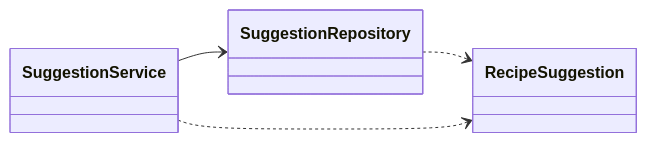
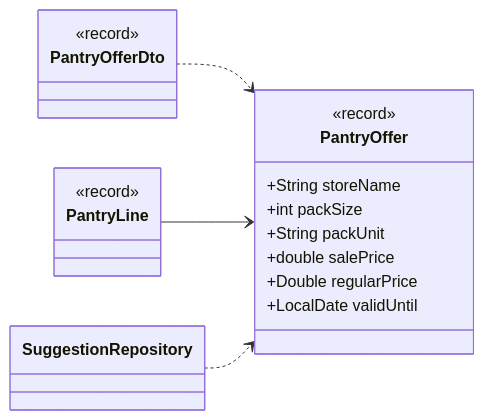
The fifth of 13 diagrams in docs/classes/suggestions.md (Nate-ryan-7690/dahaem), drawn with Mermaid before and after one commit. The commit also changed other lines of this file and 23 other files, not shown here.

First line of the commit message:
Pantry-first suggestions: GET /api/suggestions/pantry (use up the pantry, fewest to buy, offers per store)

````diff
--- a/docs/classes/suggestions.md
+++ b/docs/classes/suggestions.md
@@ -11,10 +218,23 @@
 ```mermaid
 classDiagram
     direction LR
-    class suggestions_RecipeSuggestion["RecipeSuggestion"]
+    class suggestions_PantryOffer["PantryOffer"] {
+        <<record>>
+        +String storeName
+        +int packSize
+        +String packUnit
+        +double salePrice
+        +Double regularPrice
+        +LocalDate validUntil
+    }
+    class suggestions_PantryLine["PantryLine"] {
+        <<record>>
+    }
+    class api_PantryOfferDto["PantryOfferDto"] {
+        <<record>>
+    }
     class suggestions_SuggestionRepository["SuggestionRepository"]
-    class suggestions_SuggestionService["SuggestionService"]
-    suggestions_SuggestionRepository ..> suggestions_RecipeSuggestion
-    suggestions_SuggestionService --> suggestions_SuggestionRepository
-    suggestions_SuggestionService ..> suggestions_RecipeSuggestion
+    api_PantryOfferDto ..> suggestions_PantryOffer
+    suggestions_PantryLine --> suggestions_PantryOffer
+    suggestions_SuggestionRepository ..> suggestions_PantryOffer
 ```
````
